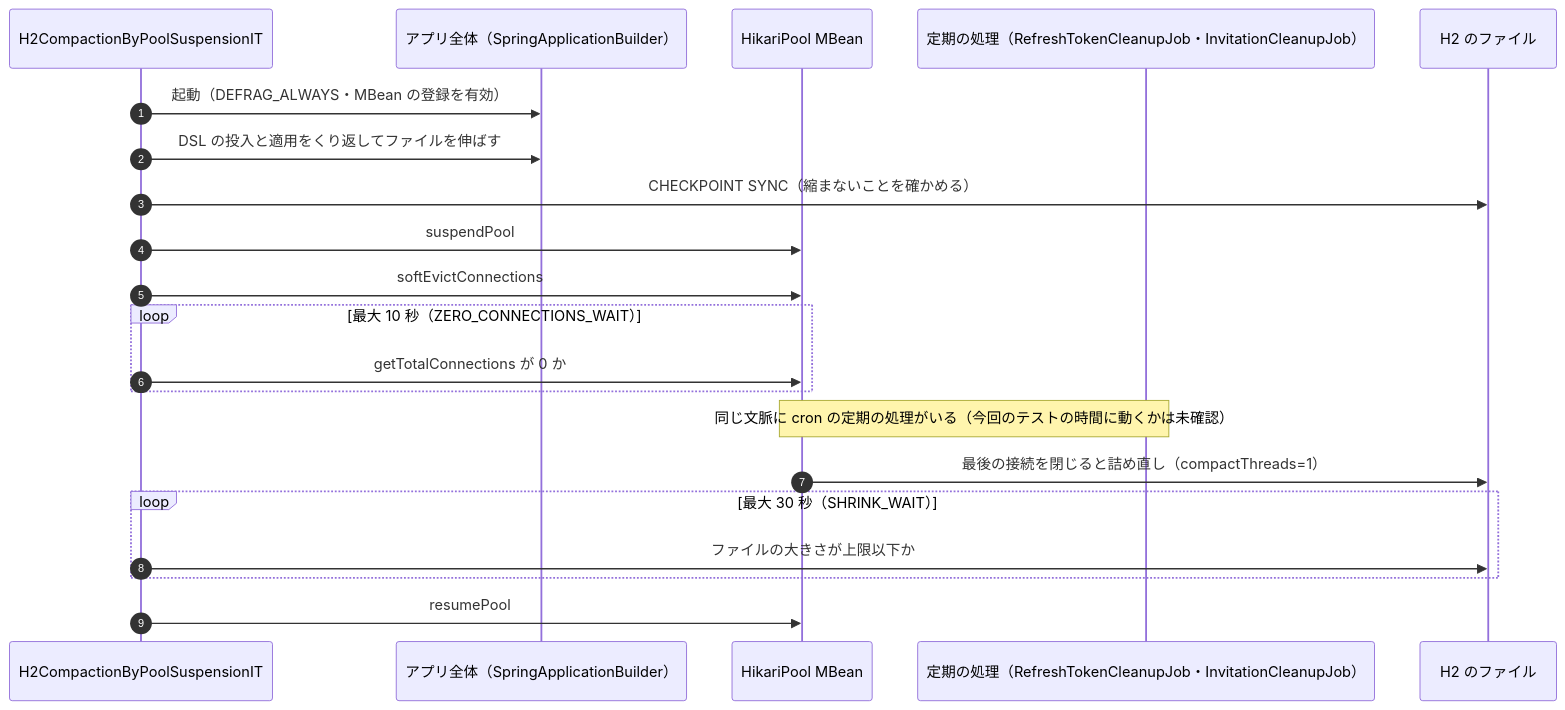
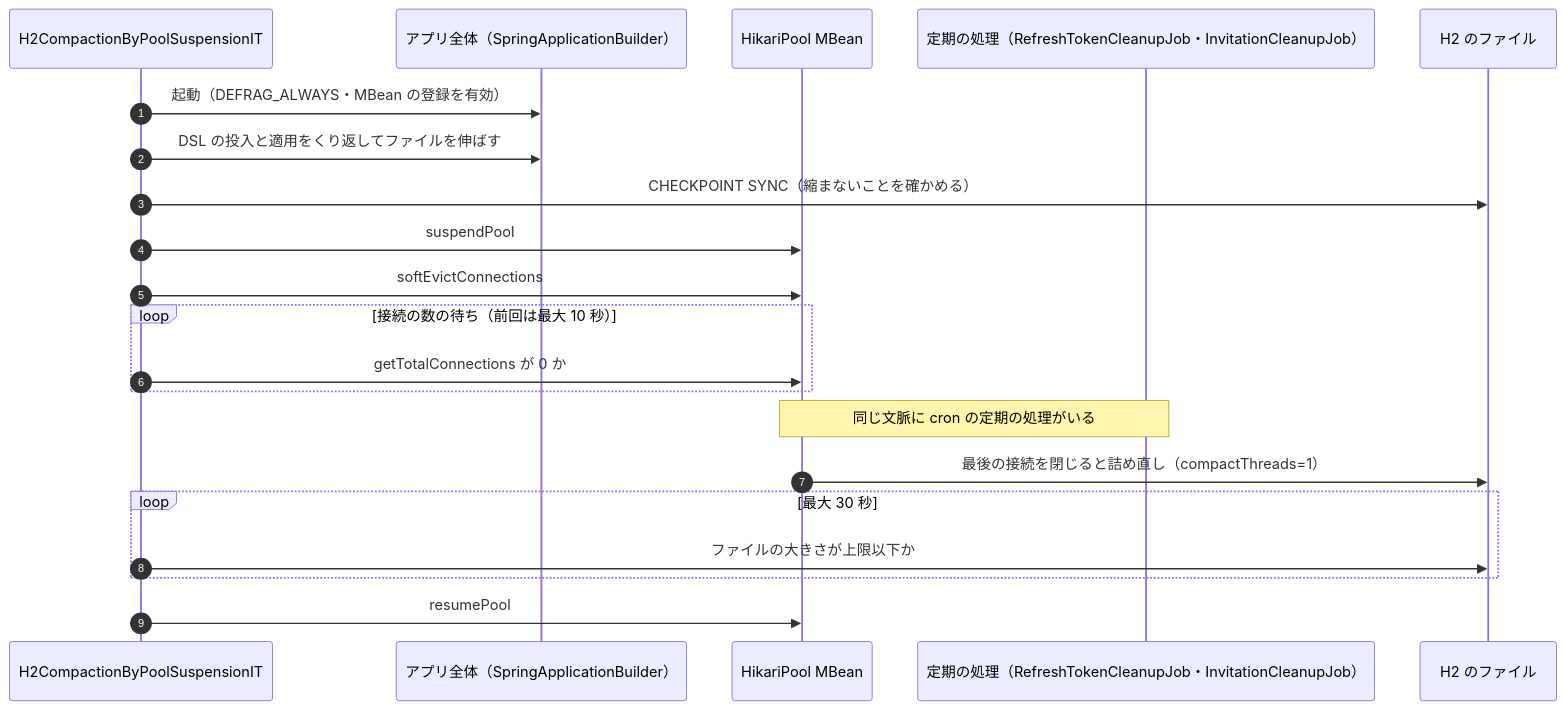
Before and after one commit to agwlvssainokuni/mastersmith2: the fourth of 5 diagrams in aidlc/spaces/default/codekb/mastersmith2/architecture.md, drawn with Mermaid. The commit also changed other lines of this file and 16 other files, not shown here.

````diff
--- a/aidlc/spaces/default/codekb/mastersmith2/architecture.md
+++ b/aidlc/spaces/default/codekb/mastersmith2/architecture.md
@@ -165,24 +175,24 @@
 ```mermaid
 sequenceDiagram
   autonumber
   participant T as H2CompactionByPoolSuspensionIT
   participant APP as アプリ全体（SpringApplicationBuilder）
   participant POOL as HikariPool MBean
   participant JOB as 定期の処理（RefreshTokenCleanupJob・InvitationCleanupJob）
   participant H2 as H2 のファイル
 
   T->>APP: 起動（DEFRAG_ALWAYS・MBean の登録を有効）
   T->>APP: DSL の投入と適用をくり返してファイルを伸ばす
   T->>H2: CHECKPOINT SYNC（縮まないことを確かめる）
   T->>POOL: suspendPool
   T->>POOL: softEvictConnections
-  loop 最大 10 秒（ZERO_CONNECTIONS_WAIT）
+  loop 接続の数の待ち（前回は最大 10 秒）
     T->>POOL: getTotalConnections が 0 か
   end
-  Note over POOL,JOB: 同じ文脈に cron の定期の処理がいる（今回のテストの時間に動くかは未確認）
+  Note over POOL,JOB: 同じ文脈に cron の定期の処理がいる
   POOL->>H2: 最後の接続を閉じると詰め直し（compactThreads=1）
-  loop 最大 30 秒（SHRINK_WAIT）
+  loop 最大 30 秒
     T->>H2: ファイルの大きさが上限以下か
   end
   T->>POOL: resumePool
 ```
````
